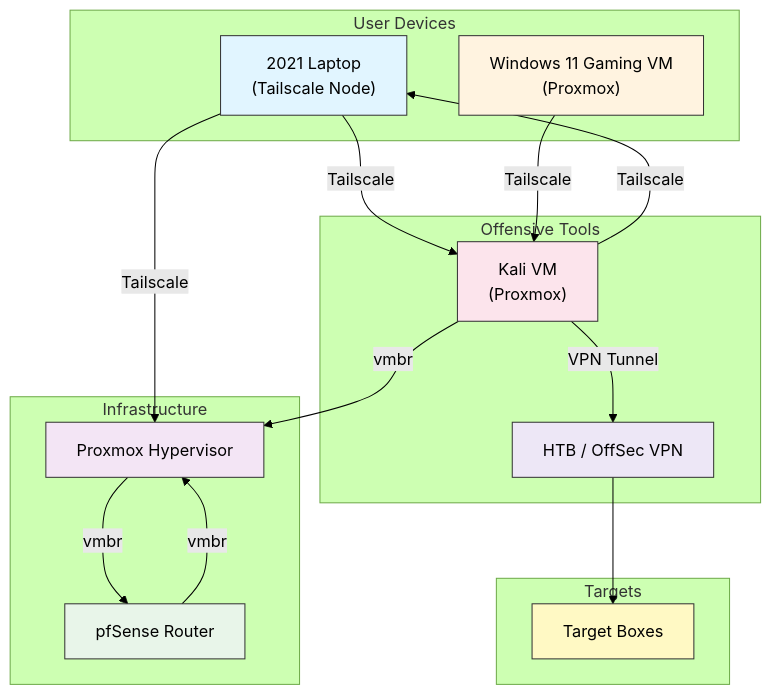
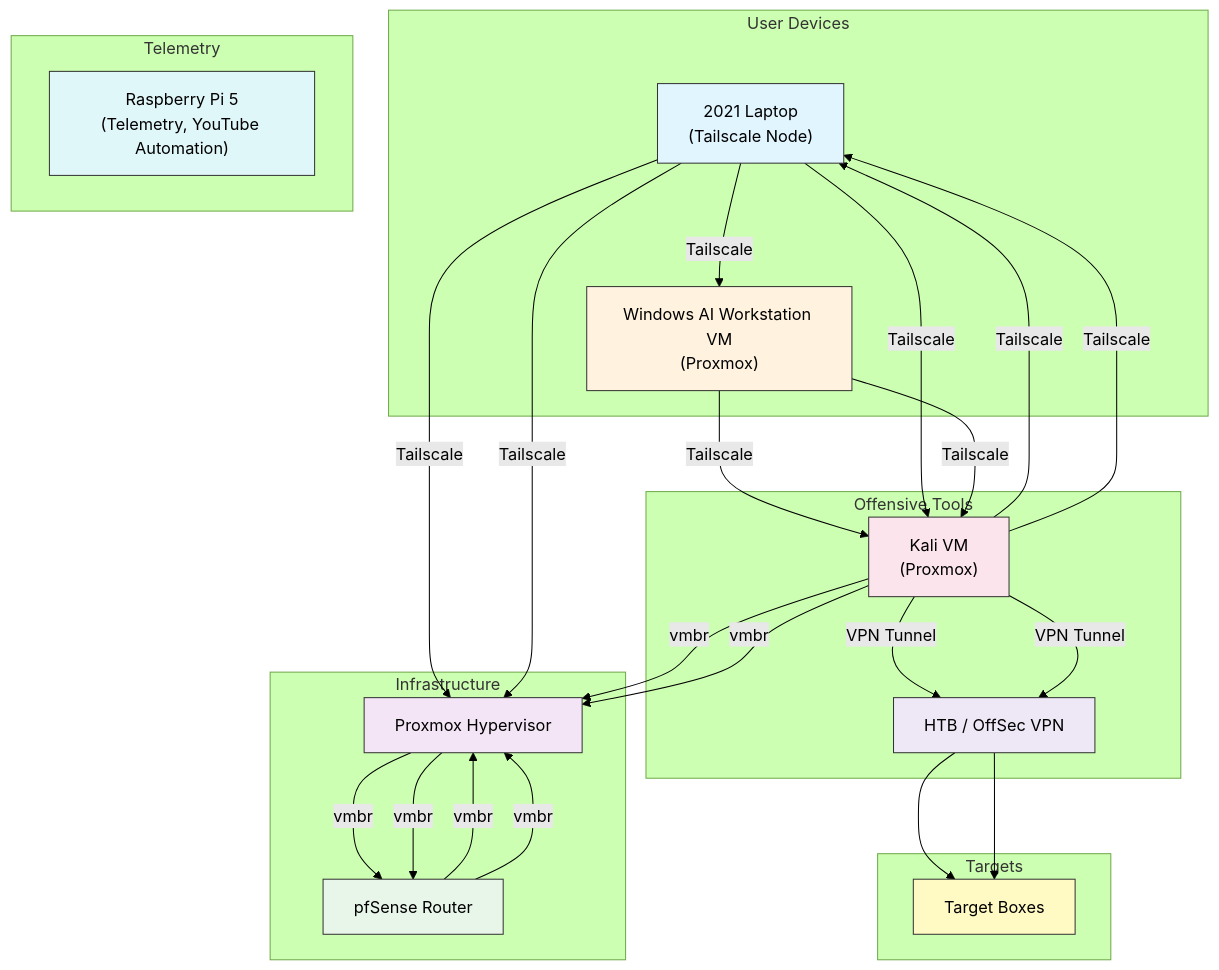
Before and after one commit to Surzal-kali/git: the diagram in SurzalsNotes/Challenges/topology/topology.md, drawn with Mermaid (forest theme). The commit also changed 17 other files, not shown here.

````diff
--- a/SurzalsNotes/Challenges/topology/topology.md
+++ b/SurzalsNotes/Challenges/topology/topology.md
@@ -1,40 +1,64 @@
 ```mermaid
 flowchart TD
   %% Grouped nodes for clarity
   subgraph "User Devices"
     A["2021 Laptop<br/>(Tailscale Node)"]
-    B["Windows 11 Gaming VM<br/>(Proxmox)"]
+    B["Windows AI Workstation VM<br/>(Proxmox)"]
   end
 
   subgraph "Infrastructure"
     C["Proxmox Hypervisor"]
     D["pfSense Router"]
   end
 
   subgraph "Offensive Tools"
     E["Kali VM<br/>(Proxmox)"]
     F["HTB / OffSec VPN"]
   end
 
   subgraph "Targets"
     G["Target Boxes"]
   end
+
+  subgraph "Telemetry"
+    H["Raspberry Pi 5<br/>(Telemetry, YouTube Automation)"]
+  end
+
+  %% Connections
+  A -->|Tailscale| B
+  A -->|Tailscale| C
+  B -->|Tailscale| E
+  E -->|vmbr| C
+  C -->|vmbr| D
+  D -->|vmbr| C
+  E -->|VPN Tunnel| F
+  F --> G
+  E -->|Tailscale| A
+
+  style A fill:#e1f5ff,stroke:#333,stroke-width:1px
+  style B fill:#fff3e0,stroke:#333,stroke-width:1px
+  style C fill:#f3e5f5,stroke:#333,stroke-width:1px
+  style D fill:#e8f5e9,stroke:#333,stroke-width:1px
+  style E fill:#fce4ec,stroke:#333,stroke-width:1px
+  style F fill:#ede7f6,stroke:#333,stroke-width:1px
+  style G fill:#fff9c4,stroke:#333,stroke-width:1px
+  style H fill:#e0f7fa,stroke:#333,stroke-width:1px
 
   A -->|Tailscale| E
   A -->|Tailscale| C
   B -->|Tailscale| E
   E -->|vmbr| C
   C -->|vmbr| D
   D -->|vmbr| C
   E -->|VPN Tunnel| F
   F --> G
   E -->|Tailscale| A
 
   style A fill:#e1f5ff,stroke:#333,stroke-width:1px
   style B fill:#fff3e0,stroke:#333,stroke-width:1px
   style C fill:#f3e5f5,stroke:#333,stroke-width:1px
   style D fill:#e8f5e9,stroke:#333,stroke-width:1px
   style E fill:#fce4ec,stroke:#333,stroke-width:1px
   style F fill:#ede7f6,stroke:#333,stroke-width:1px
   style G fill:#fff9c4,stroke:#333,stroke-width:1px
 ```
````
